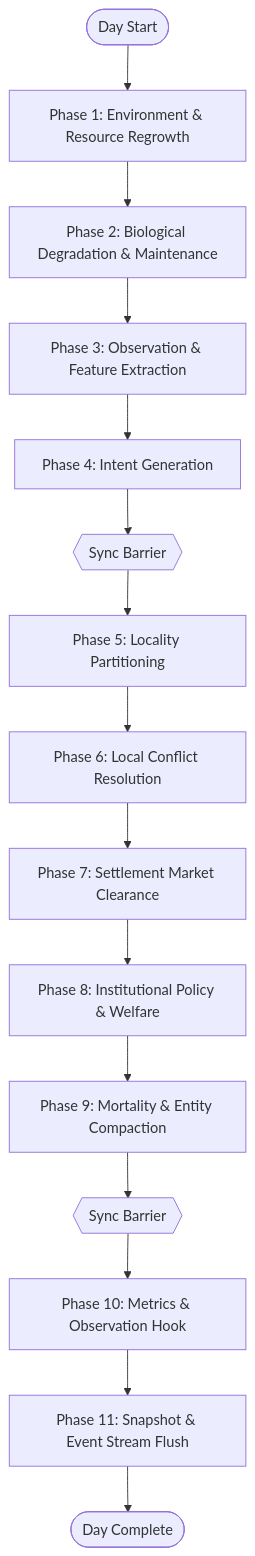
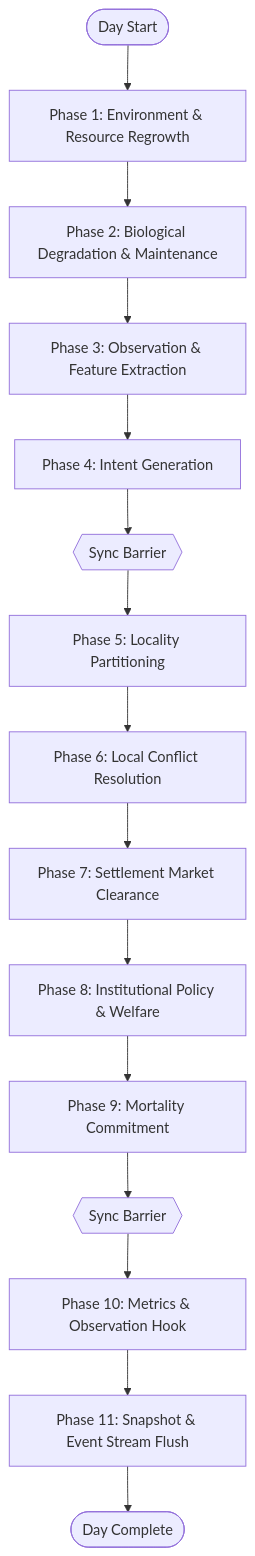
One commit to Superple19/SimulaCiv changed the third of 4 diagrams in SIMULACIV_DESIGN_SPECIFICATION.md. Above: the diagram before and after it, drawn with Mermaid. The commit also changed other lines of this file and 1 other file, not shown here.

````diff
--- a/SIMULACIV_DESIGN_SPECIFICATION.md
+++ b/SIMULACIV_DESIGN_SPECIFICATION.md
@@ -955,17 +954,17 @@
 ```mermaid
 flowchart TD
     StartDay([Day Start]) --> Phase1[Phase 1: Environment & Resource Regrowth]
     Phase1 --> Phase2[Phase 2: Biological Degradation & Maintenance]
     Phase2 --> Phase3[Phase 3: Observation & Feature Extraction]
     Phase3 --> Phase4[Phase 4: Intent Generation]
     Phase4 --> Barrier1{{Sync Barrier}}
     Barrier1 --> Phase5[Phase 5: Locality Partitioning]
     Phase5 --> Phase6[Phase 6: Local Conflict Resolution]
     Phase6 --> Phase7[Phase 7: Settlement Market Clearance]
     Phase7 --> Phase8[Phase 8: Institutional Policy & Welfare]
-    Phase8 --> Phase9[Phase 9: Mortality & Entity Compaction]
+    Phase8 --> Phase9[Phase 9: Mortality Commitment]
     Phase9 --> Barrier2{{Sync Barrier}}
     Barrier2 --> Phase10[Phase 10: Metrics & Observation Hook]
     Phase10 --> Phase11[Phase 11: Snapshot & Event Stream Flush]
     Phase11 --> EndDay([Day Complete])
 ```
````
